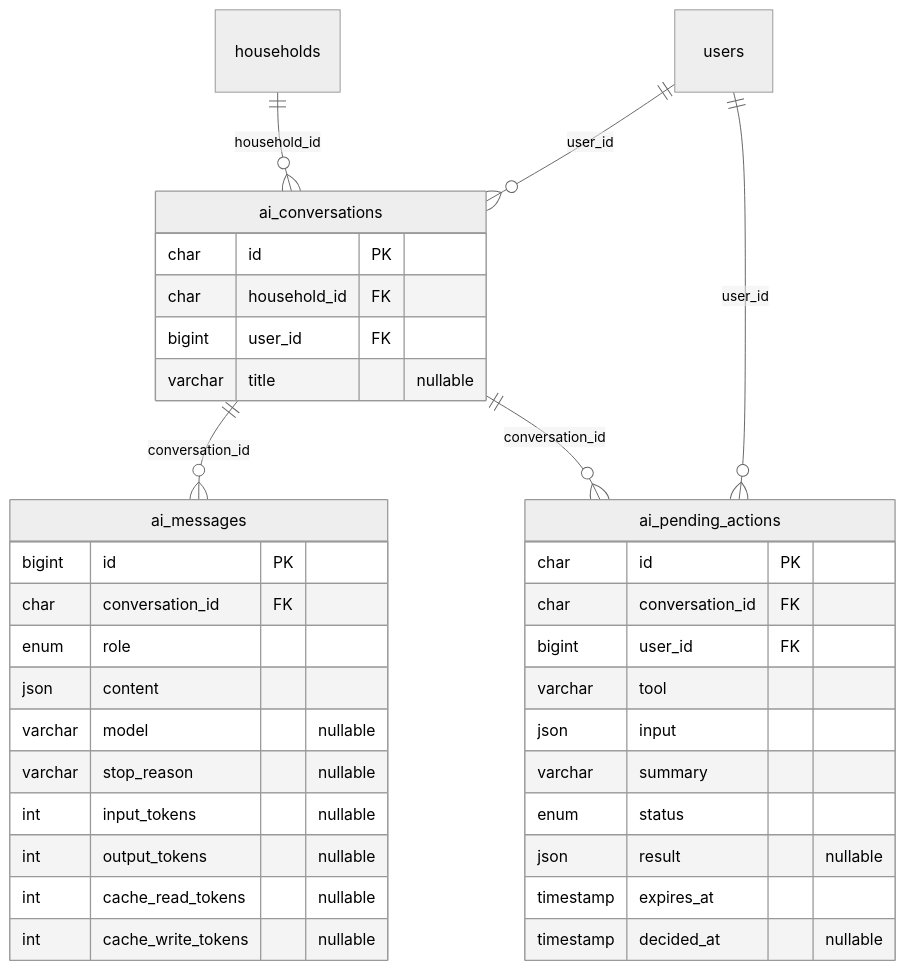
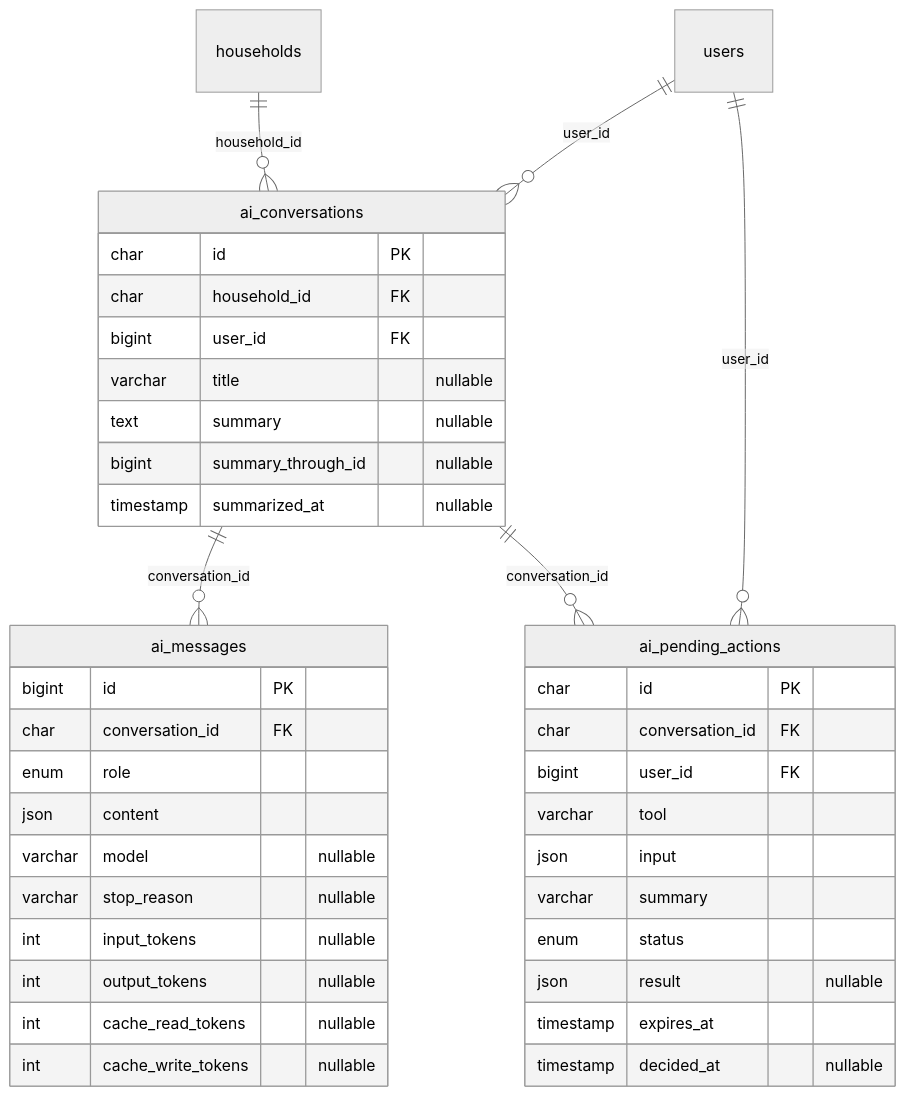
The ninth of 10 diagrams in docs/database.md (kgiannopoulou/home-helper-api), drawn with Mermaid (neutral theme) before and after one commit. The commit also changed other lines of this file and 92 other files, not shown here.

````diff
--- a/docs/database.md
+++ b/docs/database.md
@@ -482,38 +488,41 @@
 ```mermaid
 erDiagram
     ai_conversations {
         char id PK
         char household_id FK
         bigint user_id FK
         varchar title "nullable"
+        text summary "nullable"
+        bigint summary_through_id "nullable"
+        timestamp summarized_at "nullable"
     }
     ai_messages {
         bigint id PK
         char conversation_id FK
         enum role
         json content
         varchar model "nullable"
         varchar stop_reason "nullable"
         int input_tokens "nullable"
         int output_tokens "nullable"
         int cache_read_tokens "nullable"
         int cache_write_tokens "nullable"
     }
     ai_pending_actions {
         char id PK
         char conversation_id FK
         bigint user_id FK
         varchar tool
         json input
         varchar summary
         enum status
         json result "nullable"
         timestamp expires_at
         timestamp decided_at "nullable"
     }
     households ||--o{ ai_conversations : "household_id"
     users ||--o{ ai_conversations : "user_id"
     ai_conversations ||--o{ ai_messages : "conversation_id"
     ai_conversations ||--o{ ai_pending_actions : "conversation_id"
     users ||--o{ ai_pending_actions : "user_id"
 ```
````
